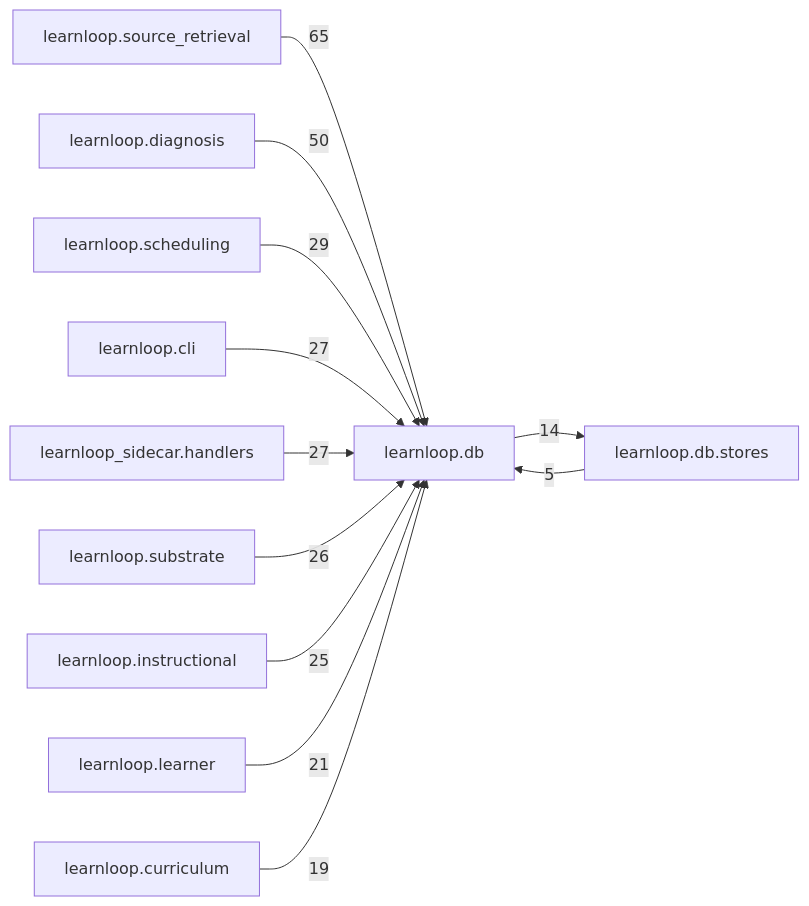
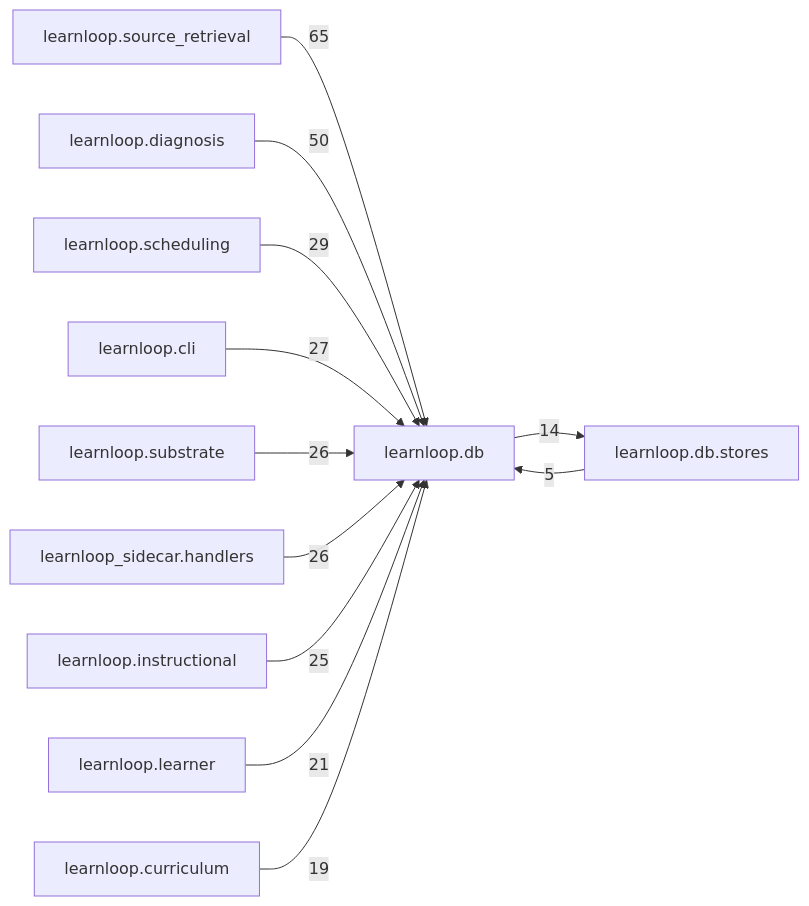
One commit to 6up-b/learnanything changed the diagram in docs/learnloop-architecture-vault/Reference/Modules/learnloop/db/_package.md. Above: the diagram before and after it, drawn with Mermaid. The commit also changed other lines of this file and 122 other files, not shown here.

````diff
--- a/docs/learnloop-architecture-vault/Reference/Modules/learnloop/db/_package.md
+++ b/docs/learnloop-architecture-vault/Reference/Modules/learnloop/db/_package.md
@@ -138,25 +138,25 @@
 ```mermaid
 flowchart LR
     center["learnloop.db"]
     n_learnloop_source_retrieval["learnloop.source_retrieval"]
     n_learnloop_diagnosis["learnloop.diagnosis"]
     n_learnloop_scheduling["learnloop.scheduling"]
     n_learnloop_cli["learnloop.cli"]
+    n_learnloop_substrate["learnloop.substrate"]
     n_learnloop_sidecar_handlers["learnloop_sidecar.handlers"]
-    n_learnloop_substrate["learnloop.substrate"]
     n_learnloop_instructional["learnloop.instructional"]
     n_learnloop_learner["learnloop.learner"]
     n_learnloop_curriculum["learnloop.curriculum"]
     n_learnloop_db_stores["learnloop.db.stores"]
     n_learnloop_source_retrieval -->|65| center
     n_learnloop_diagnosis -->|50| center
     n_learnloop_scheduling -->|29| center
     n_learnloop_cli -->|27| center
-    n_learnloop_sidecar_handlers -->|27| center
     n_learnloop_substrate -->|26| center
+    n_learnloop_sidecar_handlers -->|26| center
     n_learnloop_instructional -->|25| center
     n_learnloop_learner -->|21| center
     n_learnloop_curriculum -->|19| center
     n_learnloop_db_stores -->|5| center
     center -->|14| n_learnloop_db_stores
 ```
````
